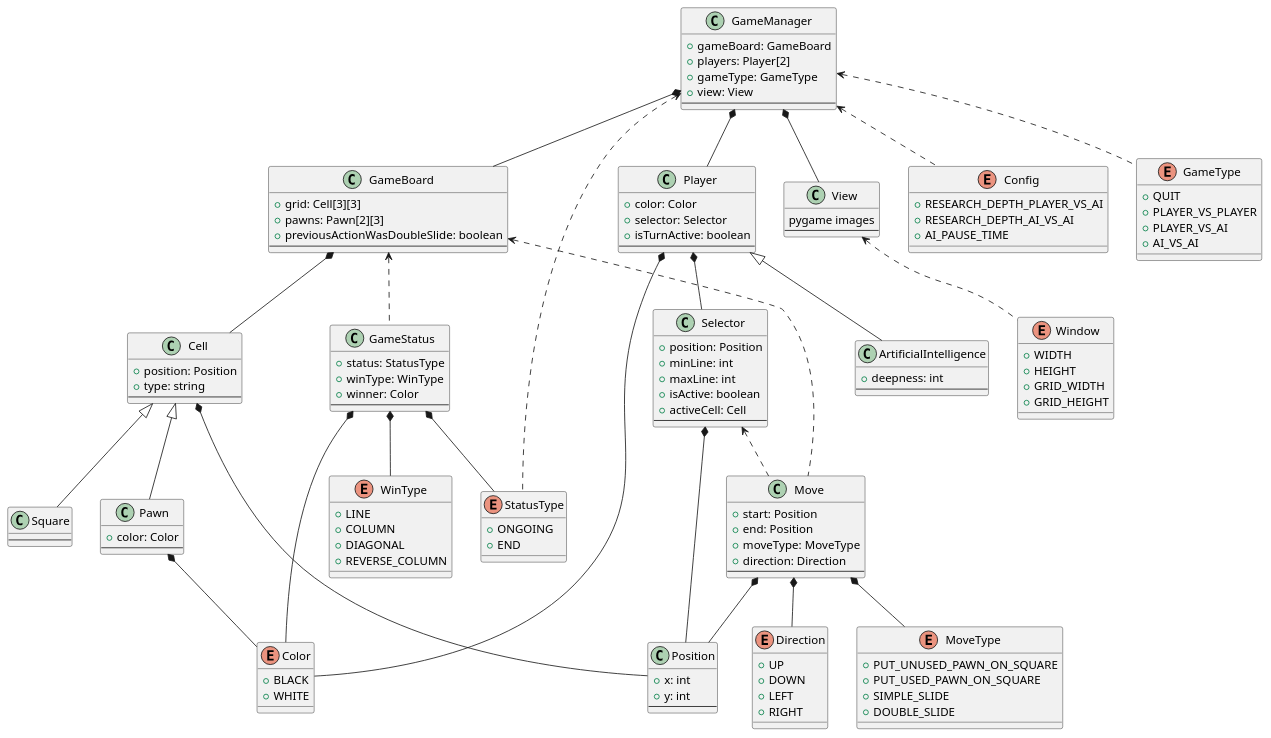
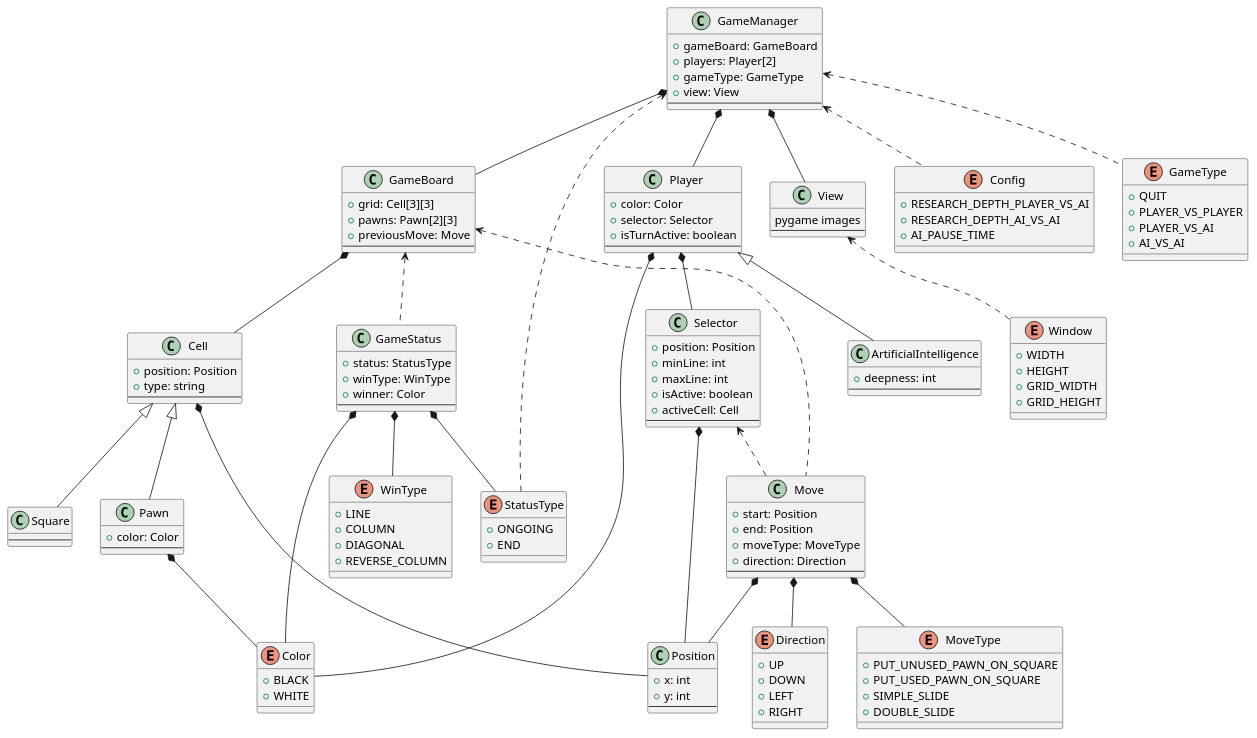
Before and after one commit to AurelienVasseur/Force-3: the diagram in resources/uml/classes.puml, drawn with PlantUML. The commit also changed 2 other files, not shown here.

```diff
--- a/resources/uml/classes.puml
+++ b/resources/uml/classes.puml
@@ -1,134 +1,134 @@
 @startuml
 class GameManager {
 + gameBoard: GameBoard
 + players: Player[2]
 + gameType: GameType
 + view: View
 ---
 }
 class GameBoard {
 + grid: Cell[3][3]
 + pawns: Pawn[2][3]
-+ previousActionWasDoubleSlide: boolean
++ previousMove: Move
 ---
 }
 class Player {
 + color: Color
 + selector: Selector
 + isTurnActive: boolean
 ---
 }
 class ArtificialIntelligence extends Player {
 + deepness: int
 ---
 }
 class View {
 pygame images
 ---
 }
 class Cell {
 + position: Position
 + type: string
 ---
 }
 class Square extends Cell {
 ---
 }
 class Pawn extends Cell {
 + color: Color
 ---
 }
 class Selector {
 + position: Position
 + minLine: int
 + maxLine: int
 + isActive: boolean
 + activeCell: Cell
 ---
 }
 class Position {
 + x: int
 + y: int
 ---
 }
 enum Color {
 + BLACK
 + WHITE
 }
 enum Config {
 + RESEARCH_DEPTH_PLAYER_VS_AI
 + RESEARCH_DEPTH_AI_VS_AI
 + AI_PAUSE_TIME
 }
 enum Direction {
 + UP
 + DOWN
 + LEFT
 + RIGHT
 }
 class GameStatus {
 + status: StatusType
 + winType: WinType
 + winner: Color
 ---
 }
 enum GameType {
 + QUIT
 + PLAYER_VS_PLAYER
 + PLAYER_VS_AI
 + AI_VS_AI
 }
 class Move {
 + start: Position
 + end: Position
 + moveType: MoveType
 + direction: Direction
 ---
 }
 enum MoveType {
 + PUT_UNUSED_PAWN_ON_SQUARE
 + PUT_USED_PAWN_ON_SQUARE
 + SIMPLE_SLIDE
 + DOUBLE_SLIDE
 }
 enum StatusType {
 + ONGOING
 + END
 }
 enum Window {
 + WIDTH
 + HEIGHT
 + GRID_WIDTH
 + GRID_HEIGHT
 }
 enum WinType {
 + LINE
 + COLUMN
 + DIAGONAL
 + REVERSE_COLUMN
 }
 
 GameManager *-- GameBoard
 GameManager *-- Player
 GameManager *-- View
 GameBoard *-- Cell
 Player *-- Selector
 Player *-- Color
 Cell *-- Position
 Pawn *-- Color
 Selector *-- Position
 GameStatus *-- Color
 GameStatus *-- StatusType
 GameStatus *-- WinType
 Move *-- Position
 Move *-- MoveType
 Move *-- Direction
 
 GameManager <.. Config
 GameManager <.. GameType
 GameManager <.. StatusType
 View <.. Window
 GameBoard <.. GameStatus
 GameBoard <.. Move
 Selector <.. Move
 @enduml
```
